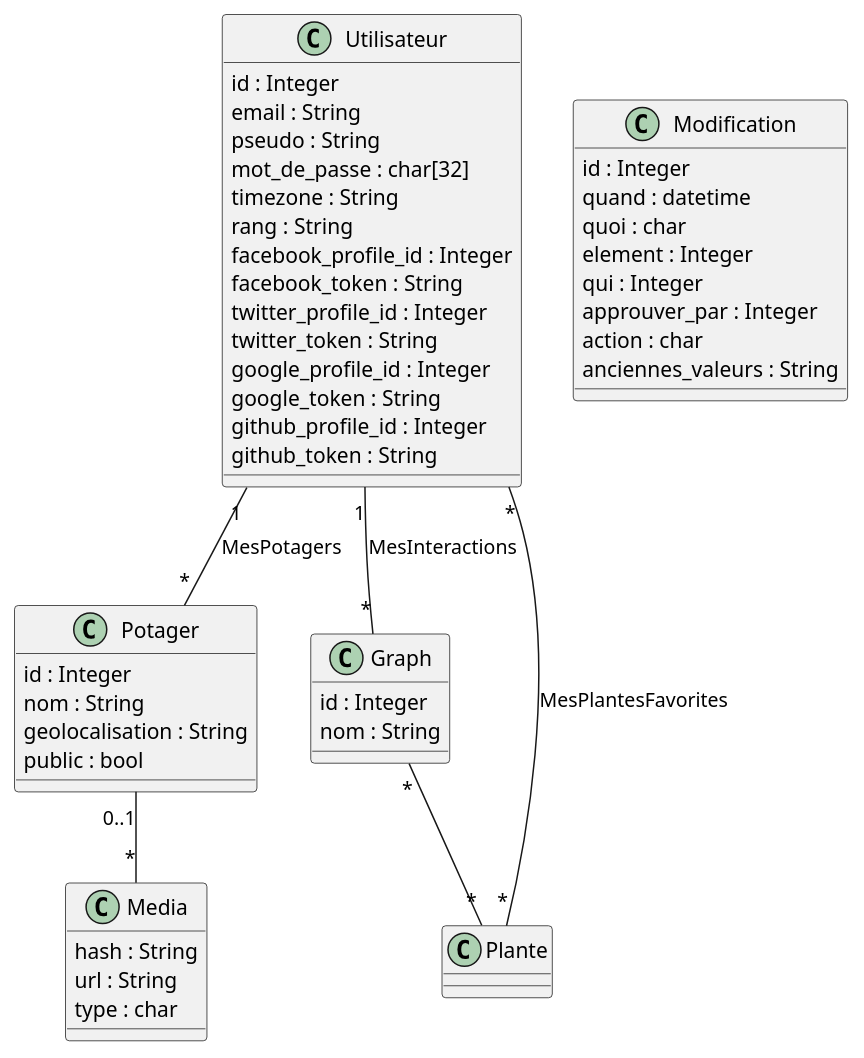
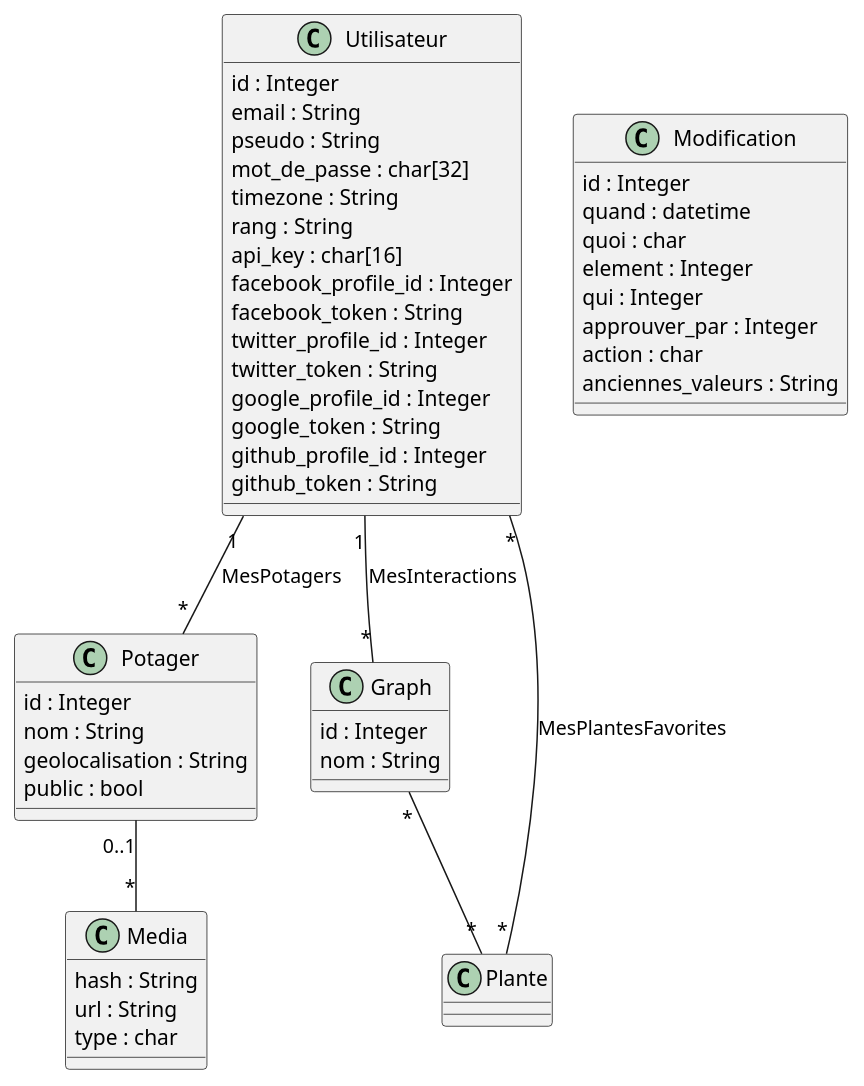
Before and after one commit to ThibaultLatrille/MonPotager: the diagram in database/communaute.wsd, drawn with PlantUML. The commit also changed 2 other files, not shown here.

Commit message:
API key + roadmap

```diff
--- a/database/communaute.wsd
+++ b/database/communaute.wsd
@@ -1,76 +1,78 @@
 @startuml Communaute
 class Utilisateur {
     id : Integer
     email : String
     pseudo : String
     'SHA256 du mot de passe
     mot_de_passe : char[32]
     'Par exemple : "Europe/Paris", https://en.wikipedia.org/wiki/List_of_tz_database_time_zones
     timezone : String
     /'Rangs qui définit les droits des utilisateurs
         "A" : administrateur
         "E" : peut valider une espèce
         "L" : peut valider un lien
         "M" : peut valider un media
     '/
     rang : String
+    ' Clé API au format GUID (https://fr.wikipedia.org/wiki/Globally_Unique_Identifier)
+    api_key : char[16]
     'OAuth, les token ont des tailles variables
     'Twitter semble limiter à 50 charactères
     facebook_profile_id : Integer
     facebook_token : String
     twitter_profile_id : Integer
     twitter_token : String
     google_profile_id : Integer
     google_token : String
     github_profile_id : Integer
     github_token : String
 }
 class Potager {
     id : Integer
     nom : String
     /'coordonnées GPS + altitude ==> format à définir
       Pourrait être utile pour un futur service connecté à la météo (pluviométrie, ensoleillement, températures pour éviter gel, ...)
     '/
     geolocalisation : String
     'Si le potager est partagé avec les autres utilisateurs
     public : bool
 }
 class Media {
     'hash est une valeur unique (on évite les doublons en base de données)
     hash : String
     url : String
     /'
         P = photo
         R = référence
         L = lien
         V = vidéo
         B = boutique, c.a.d. où trouver le produit
     '/
     type : char
 }
 class Graph {
     id : Integer
     nom : String
 }
 class Modification {
     id : Integer
     quand : datetime
     'E = Espèce, M = Média, L = Lien
     quoi : char
     'ID de l'espèce/média/lien
     element : Integer
     'les champs suivants prennent les ID des utilisateurs
     qui : Integer
     approuver_par : Integer
     'C = création, M = modification, S = suppression
     action : char
     'associations clé-valeur au format JSON (ex : {"feuillage":"C", "ph":"N"} )
     anciennes_valeurs : String
 }
 ' Relations
 Potager "0..1" -- "*" Media
 Utilisateur "1" -- "*" Potager : MesPotagers
 Utilisateur "*" -- "*" Plante : MesPlantesFavorites
 Utilisateur "1" -- "*" Graph : MesInteractions
 Graph "*" -- "*" Plante
 @enduml
```
